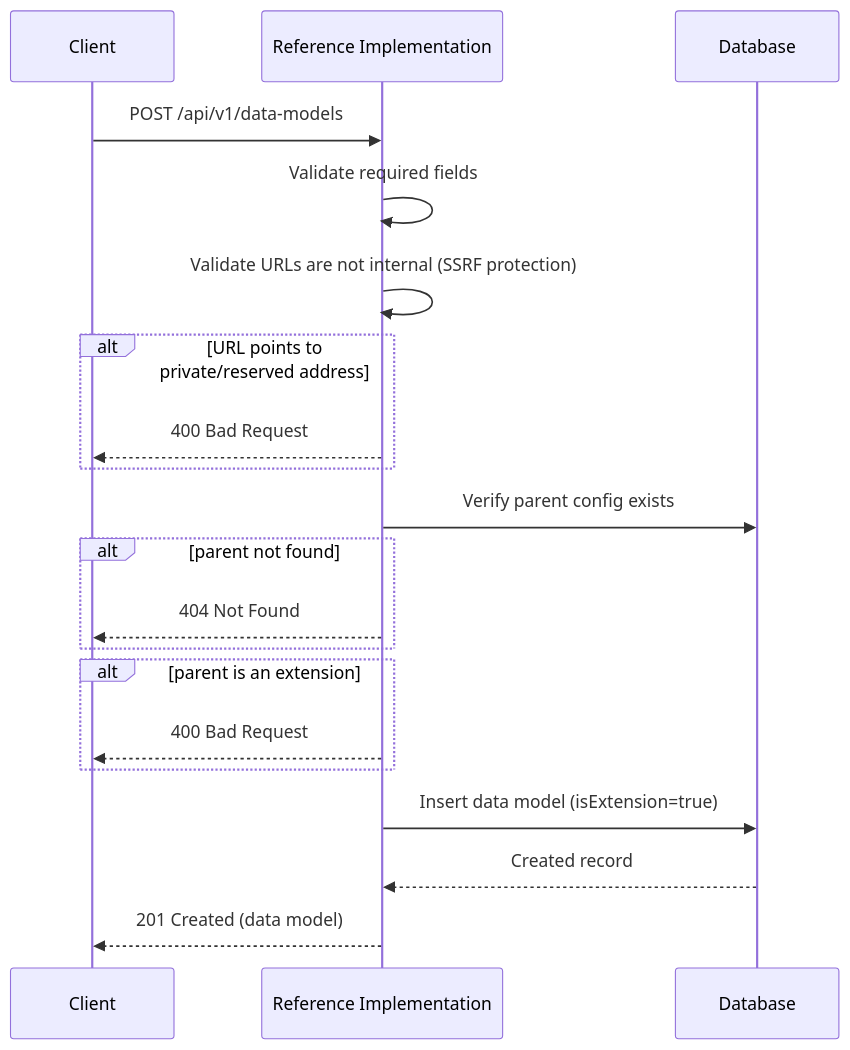
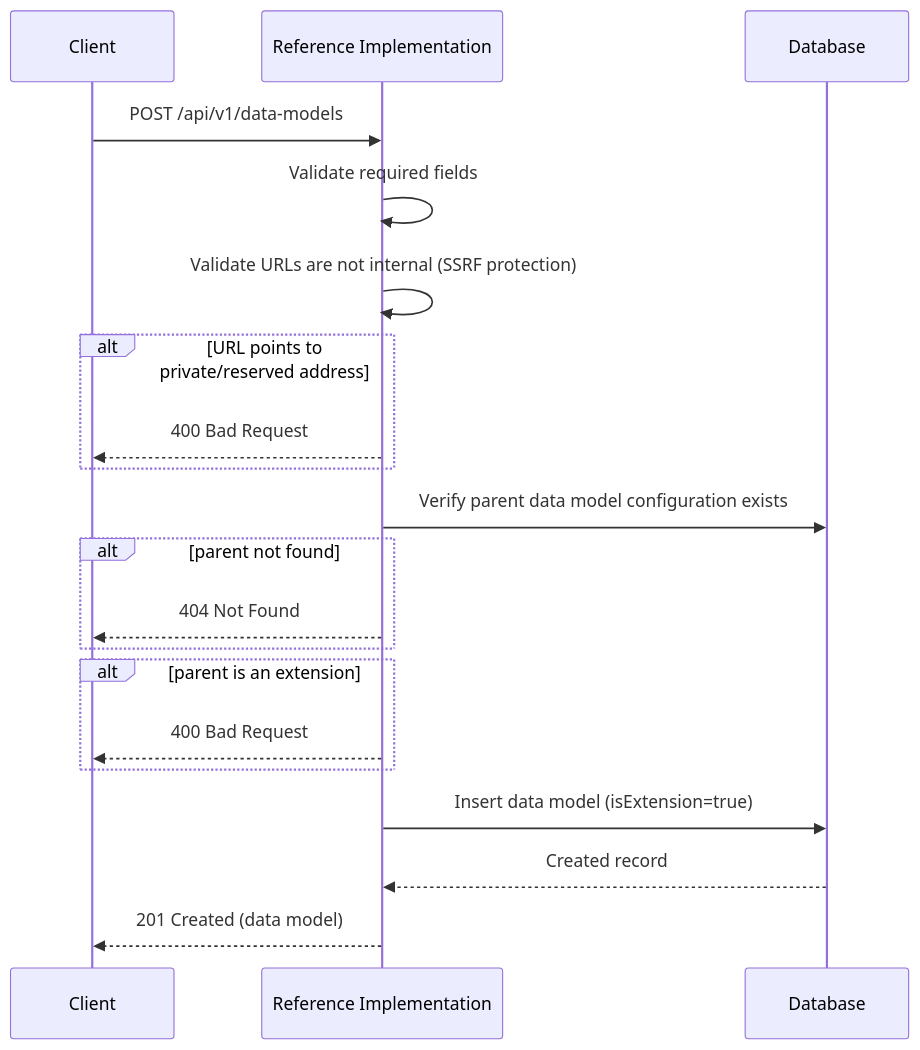
One commit to uncefact/tests-untp changed the second of 4 diagrams in documentation/docs/reference-implementation/api/data-models.md. Above: the diagram before and after it, drawn with Mermaid. The commit also changed other lines of this file and 52 other files, not shown here.

````diff
--- a/documentation/docs/reference-implementation/api/data-models.md
+++ b/documentation/docs/reference-implementation/api/data-models.md
@@ -129,23 +129,23 @@
 ```mermaid
 sequenceDiagram
     participant Client
     participant RI as Reference Implementation
     participant DB as Database
 
     Client->>RI: POST /api/v1/data-models
     RI->>RI: Validate required fields
     RI->>RI: Validate URLs are not internal (SSRF protection)
     alt URL points to private/reserved address
         RI-->>Client: 400 Bad Request
     end
-    RI->>DB: Verify parent config exists
+    RI->>DB: Verify parent data model configuration exists
     alt parent not found
         RI-->>Client: 404 Not Found
     end
     alt parent is an extension
         RI-->>Client: 400 Bad Request
     end
     RI->>DB: Insert data model (isExtension=true)
     DB-->>RI: Created record
     RI-->>Client: 201 Created (data model)
 ```
````
